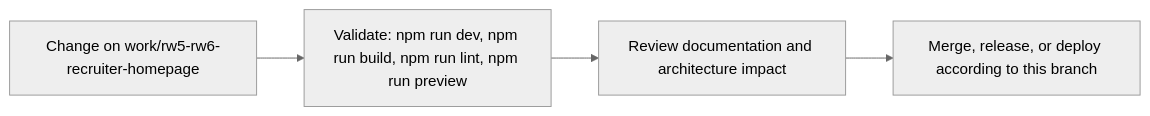
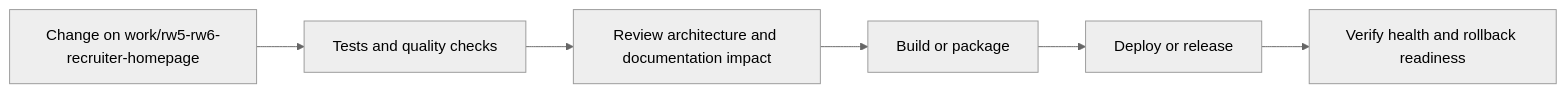
Before and after one commit to Nischhalsubba/Reeja-Maharjan-Website-2026: the fourth of 5 diagrams in README.md, drawn with Mermaid (neutral theme). The commit also changed other lines of this file, not shown here.

````diff
--- a/README.md
+++ b/README.md
@@ -80,8 +168,8 @@
 ```mermaid
 flowchart LR
-    CHANGE["Change on work/rw5-rw6-recruiter-homepage"]
-    CHECK["Validate: npm run dev, npm run build, npm run lint, npm run preview"]
-    REVIEW["Review documentation and architecture impact"]
-    RELEASE["Merge, release, or deploy according to this branch"]
-    CHANGE --> CHECK --> REVIEW --> RELEASE
+    CHANGE["Change on work/rw5-rw6-recruiter-homepage"] --> CHECK["Tests and quality checks"]
+    CHECK --> REVIEW["Review architecture and documentation impact"]
+    REVIEW --> BUILD["Build or package"]
+    BUILD --> DEPLOY["Deploy or release"]
+    DEPLOY --> VERIFY["Verify health and rollback readiness"]
 ```
````
